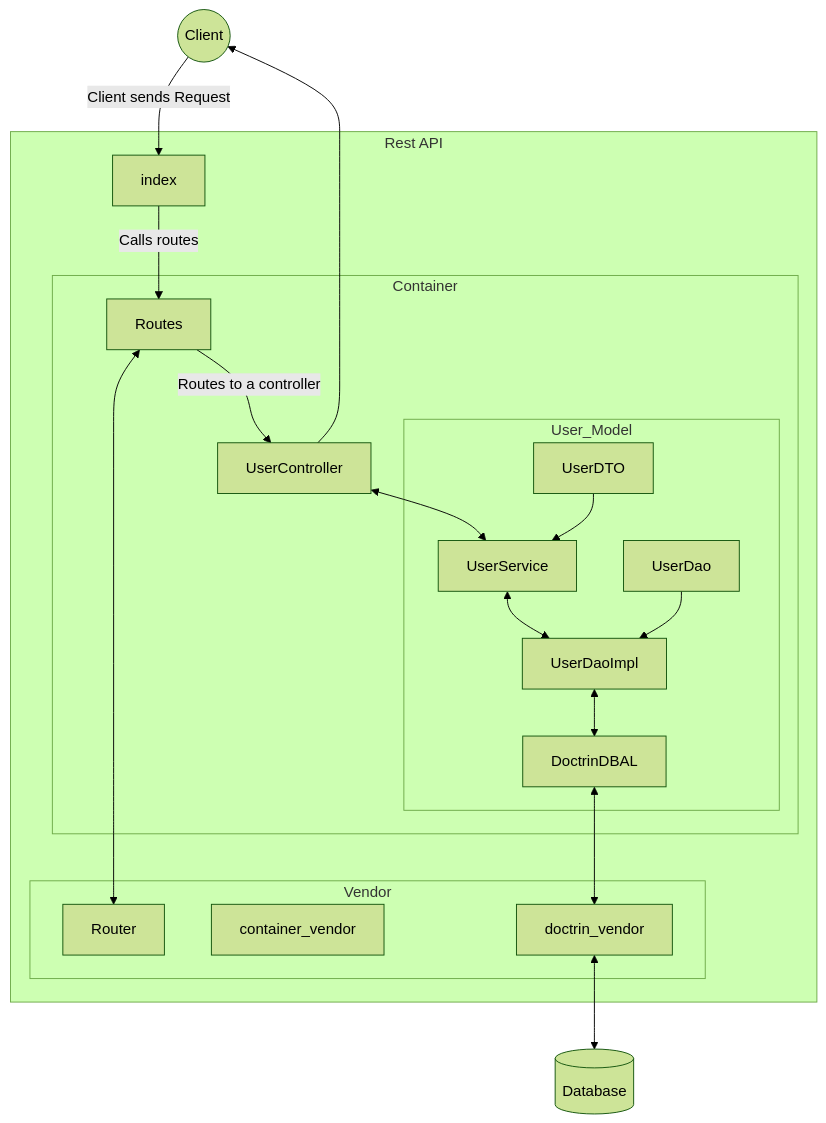
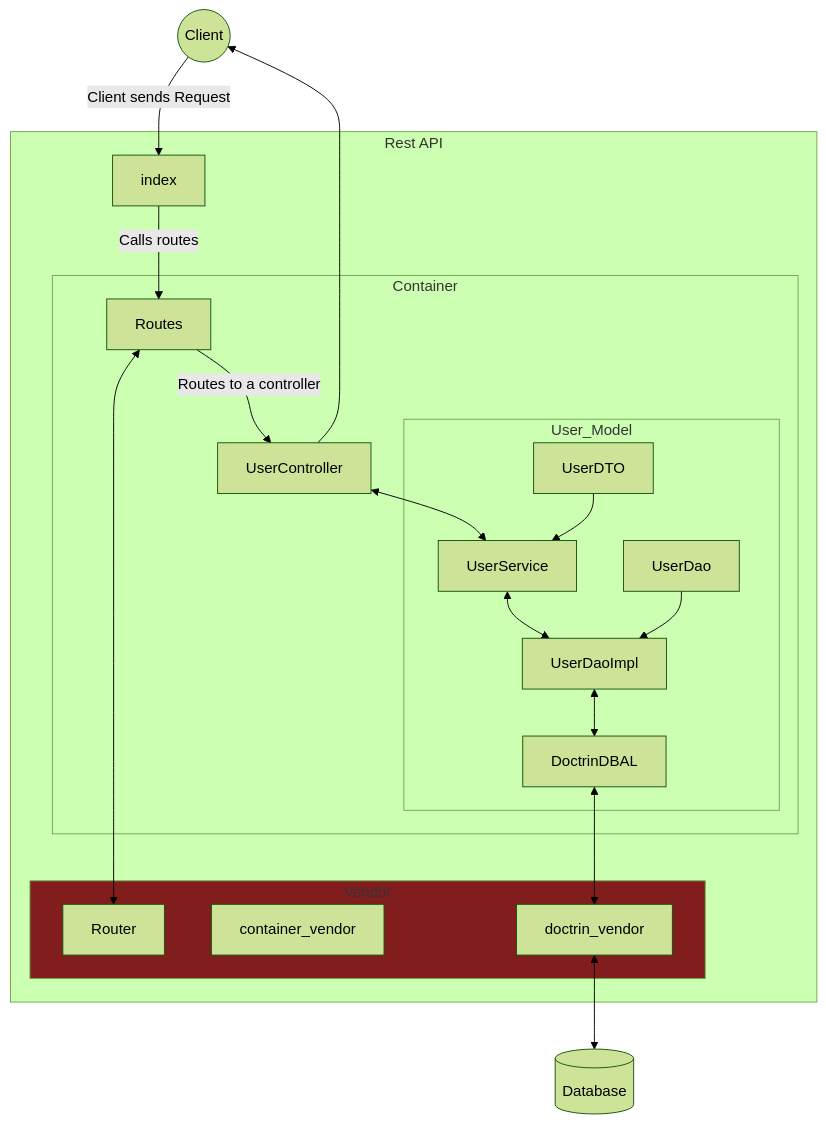
The diagram in README.md (Patapataro/Patient-Rest-API), drawn with Mermaid (forest theme) before and after one commit.

Commit message:
Updated graph colors

````diff
--- a/README.md
+++ b/README.md
@@ -41,32 +41,34 @@
 ```mermaid
 flowchart  TD
 id2((Client)) --> |Client sends Request| index
 UserController --> id2
 
 subgraph Rest API
 	subgraph  id4[Container]
 		Routes --> |Routes to a controller |UserController 
 		UserController <--> UserService 
 		
 		subgraph  id3[User_Model]
 			UserDTO --> UserService
 			UserService <--> UserDaoImpl
 			UserDao --> UserDaoImpl
 			UserDaoImpl <--> DoctrinDBAL
 		end
 	end
 
 	subgraph Vendor
 		Router
 		container_vendor 
 		doctrin_vendor
 	end
 	
 	index --> |Calls routes| Routes
 	Routes <--> Router
 	DoctrinDBAL <--> doctrin_vendor
 	
 end
 	doctrin_vendor<--> id1[(Database)]
 
+	style Vendor fill:#821d1d
+
 ```
````
